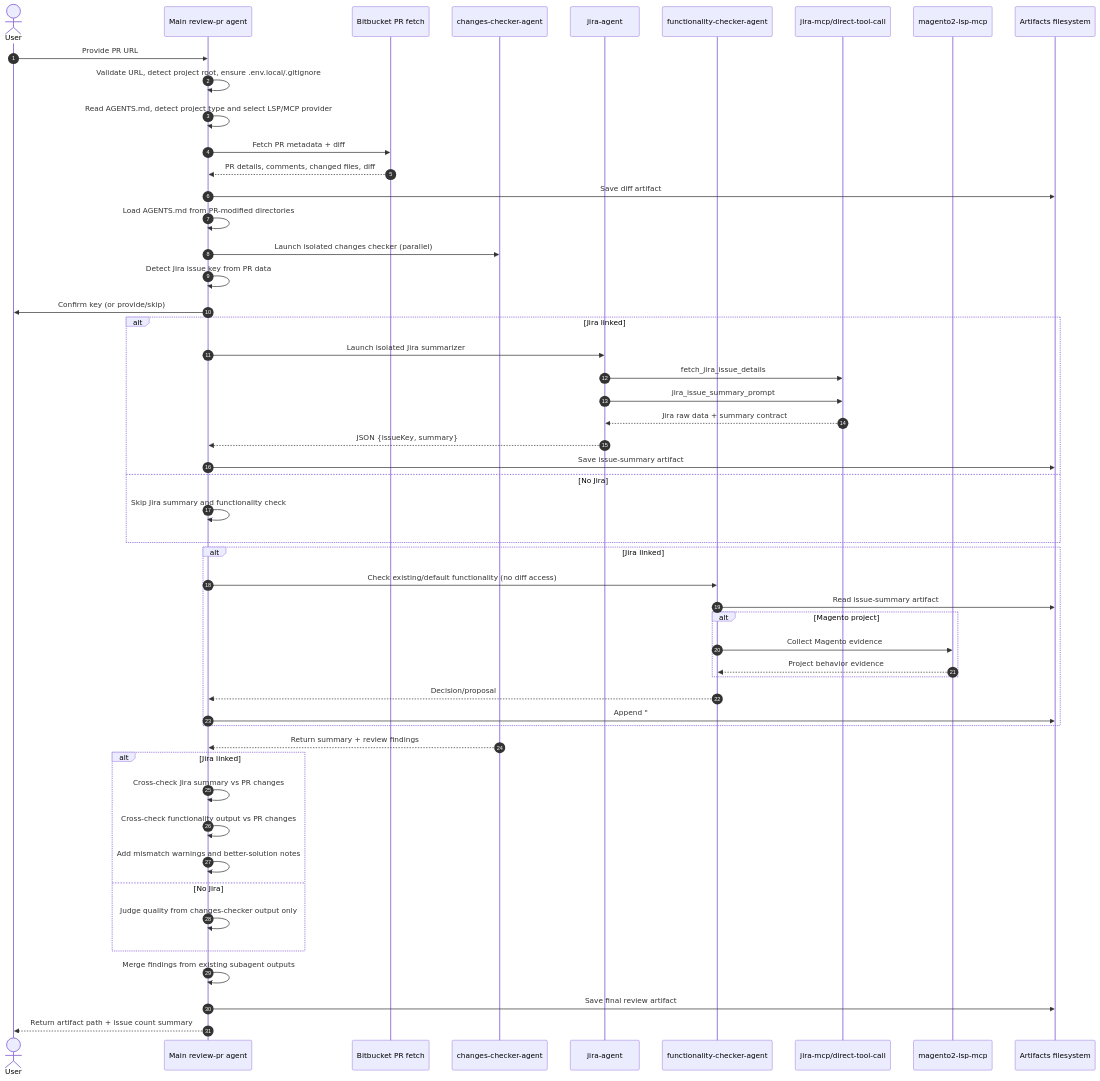
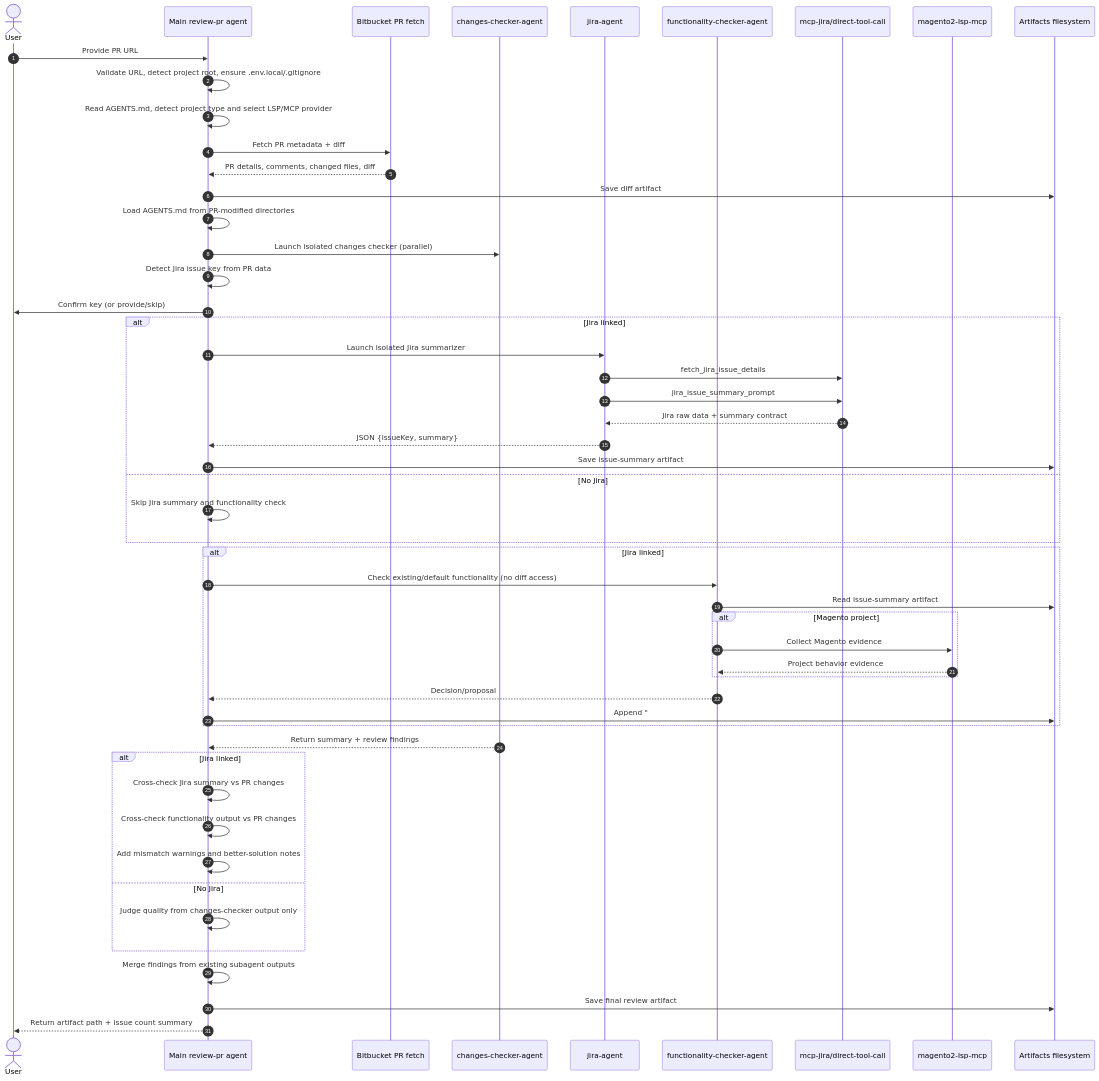
Before and after one commit to zamoroka/agents: the first of 3 diagrams in skills/review-pr/README.md, drawn with Mermaid. The commit also changed other lines of this file and 29 other files, not shown here.

Commit message:
rename jira-mcp to mcp-jira

````diff
--- a/skills/review-pr/README.md
+++ b/skills/review-pr/README.md
@@ -25,61 +25,61 @@
 ```mermaid
 sequenceDiagram
     autonumber
     actor U as User
     participant M as Main review-pr agent
     participant BB as Bitbucket PR fetch
     participant CC as changes-checker-agent
     participant JA as jira-agent
     participant FC as functionality-checker-agent
-    participant JM as jira-mcp/direct-tool-call
+    participant JM as mcp-jira/direct-tool-call
     participant MM as magento2-lsp-mcp
     participant FS as Artifacts filesystem
 
     U->>M: Provide PR URL
     M->>M: Validate URL, detect project root, ensure .env.local/.gitignore
     M->>M: Read AGENTS.md, detect project type and select LSP/MCP provider
     M->>BB: Fetch PR metadata + diff
     BB-->>M: PR details, comments, changed files, diff
     M->>FS: Save diff artifact
     M->>M: Load AGENTS.md from PR-modified directories
 
     M->>CC: Launch isolated changes checker (parallel)
 
     M->>M: Detect Jira issue key from PR data
     M->>U: Confirm key (or provide/skip)
 
     alt Jira linked
         M->>JA: Launch isolated Jira summarizer
         JA->>JM: fetch_jira_issue_details
         JA->>JM: jira_issue_summary_prompt
         JM-->>JA: Jira raw data + summary contract
         JA-->>M: JSON {issueKey, summary}
         M->>FS: Save issue-summary artifact
     else No Jira
         M->>M: Skip Jira summary and functionality check
     end
 
     alt Jira linked
         M->>FC: Check existing/default functionality (no diff access)
         FC->>FS: Read issue-summary artifact
         alt Magento project
             FC->>MM: Collect Magento evidence
             MM-->>FC: Project behavior evidence
         end
         FC-->>M: Decision/proposal
         M->>FS: Append "## Agent proposal implementation"
     end
 
     CC-->>M: Return summary + review findings
     alt Jira linked
         M->>M: Cross-check Jira summary vs PR changes
         M->>M: Cross-check functionality output vs PR changes
         M->>M: Add mismatch warnings and better-solution notes
     else No Jira
         M->>M: Judge quality from changes-checker output only
     end
 
     M->>M: Merge findings from existing subagent outputs
     M->>FS: Save final review artifact
     M-->>U: Return artifact path + issue count summary
 ```
````
